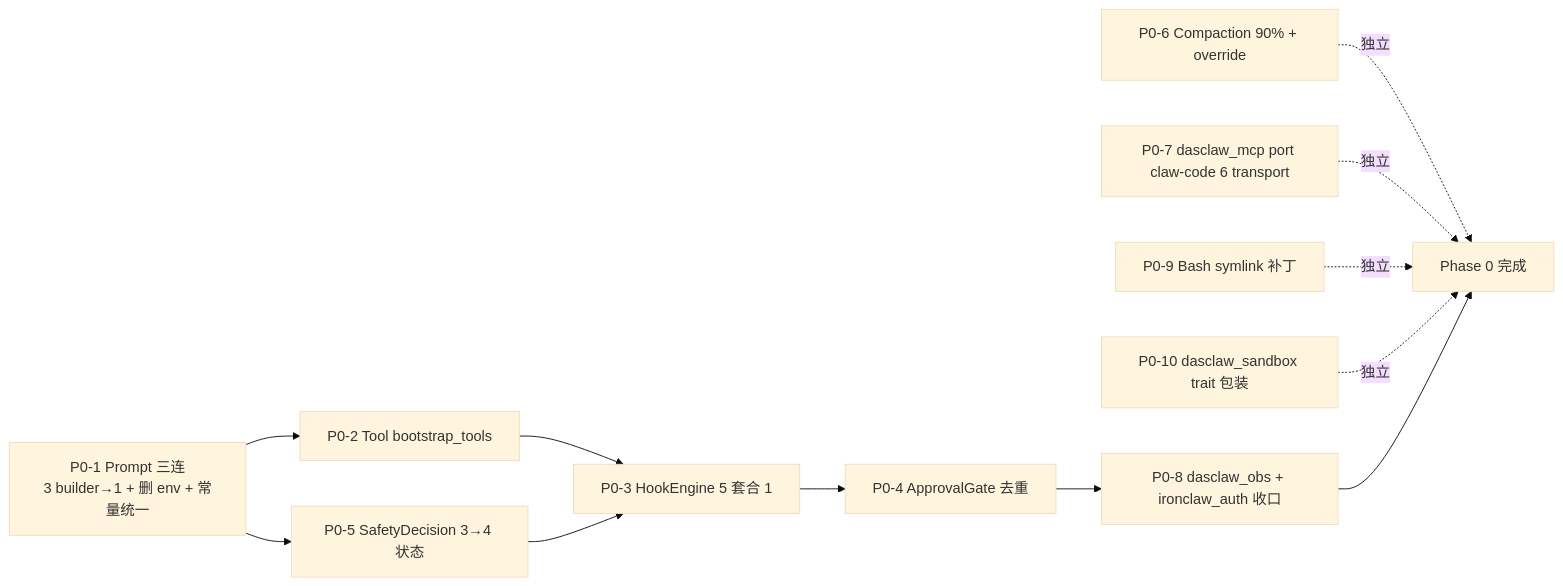
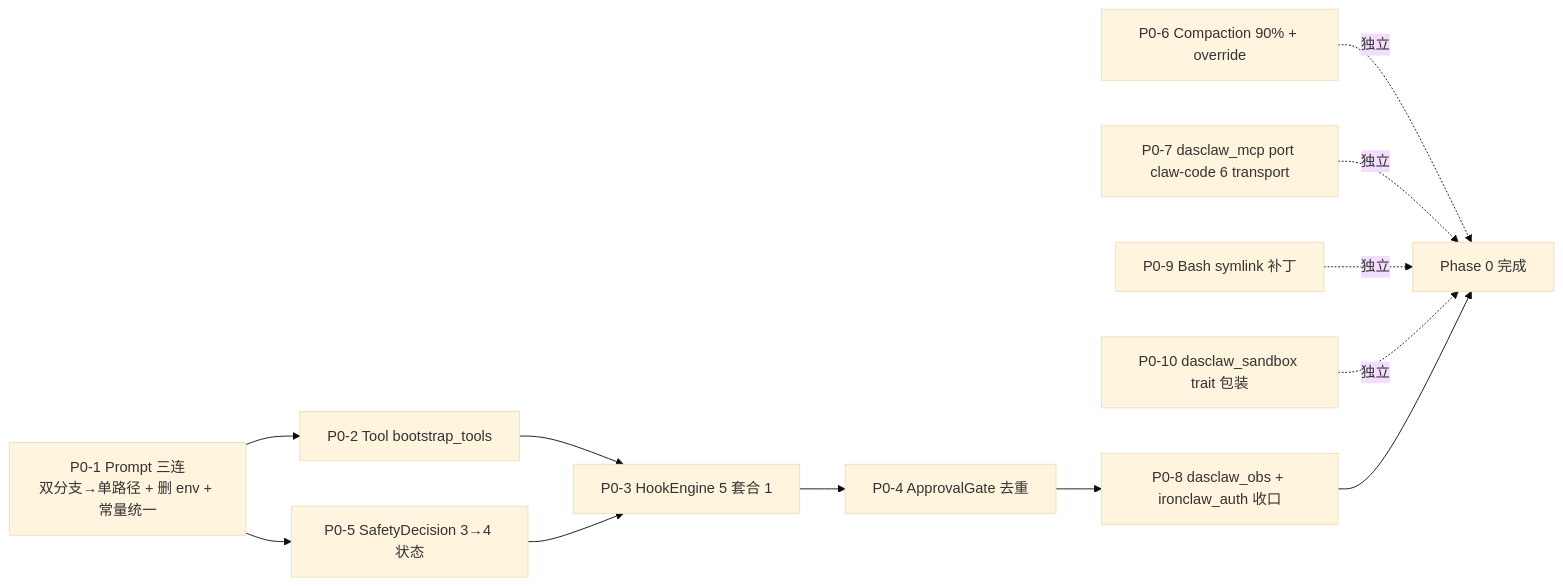
One commit to Linnanli/xClaw changed the diagram in docs/plans/architecture-refactor/adr-112-compatibility-evaluation.md. Above: the diagram before and after it, drawn with Mermaid (base theme). The commit also changed other lines of this file and 6 other files, not shown here.

````diff
--- a/docs/plans/architecture-refactor/adr-112-compatibility-evaluation.md
+++ b/docs/plans/architecture-refactor/adr-112-compatibility-evaluation.md
@@ -154,19 +154,19 @@
 ```mermaid
 graph LR
-  P01[P0-1 Prompt 三连<br/>3 builder→1 + 删 env + 常量统一] --> P02[P0-2 Tool bootstrap_tools]
+  P01[P0-1 Prompt 三连<br/>双分支→单路径 + 删 env + 常量统一] --> P02[P0-2 Tool bootstrap_tools]
   P01 --> P05[P0-5 SafetyDecision 3→4 状态]
   P02 --> P03[P0-3 HookEngine 5 套合 1]
   P05 --> P03
   P03 --> P04[P0-4 ApprovalGate 去重]
   P04 --> P08[P0-8 dasclaw_obs + ironclaw_auth 收口]
   P06[P0-6 Compaction 90% + override]
   P07[P0-7 dasclaw_mcp port claw-code 6 transport]
   P09[P0-9 Bash symlink 补丁]
   P10[P0-10 dasclaw_sandbox trait 包装]
 
   P06 -.独立.-> Done[Phase 0 完成]
   P07 -.独立.-> Done
   P09 -.独立.-> Done
   P10 -.独立.-> Done
   P08 --> Done
 ```
````
